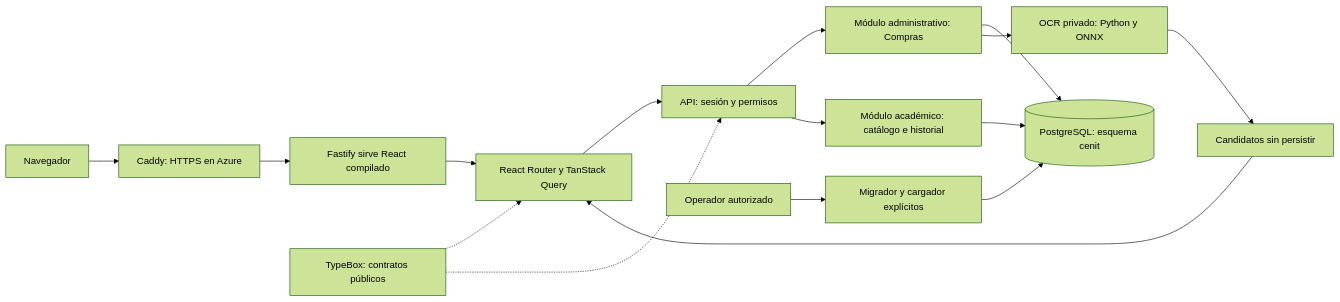
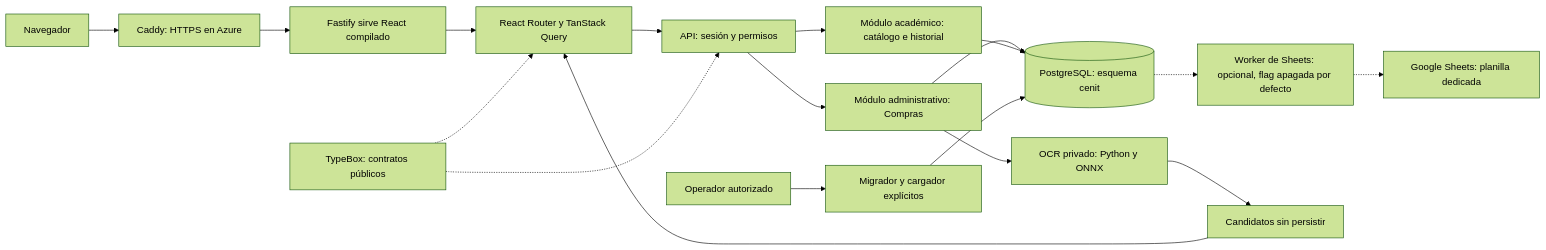
Before and after one commit to Menderin/Cenit: the first of 2 diagrams in Docs/ARQUITECTURA.md, drawn with Mermaid (forest theme). The commit also changed other lines of this file and 4 other files, not shown here.

````diff
--- a/Docs/ARQUITECTURA.md
+++ b/Docs/ARQUITECTURA.md
@@ -57,18 +58,20 @@
 ```mermaid
 flowchart LR
     Usuario["Navegador"] --> HTTPS["Caddy: HTTPS en Azure"]
     HTTPS --> Web["Fastify sirve React compilado"]
     Web --> Router["React Router y TanStack Query"]
     Router --> Auth["API: sesión y permisos"]
     Auth --> Compras["Módulo administrativo: Compras"]
     Auth --> Academico["Módulo académico: catálogo e historial"]
     Compras --> PG[("PostgreSQL: esquema cenit")]
     Academico --> PG
+    PG -.-> Worker["Worker de Sheets: opcional, flag apagada por defecto"]
+    Worker -.-> Sheets["Google Sheets: planilla dedicada"]
     Compras --> OCR["OCR privado: Python y ONNX"]
     OCR --> Candidatos["Candidatos sin persistir"]
     Candidatos --> Router
     Contratos["TypeBox: contratos públicos"] -.-> Router
     Contratos -.-> Auth
     Operador["Operador autorizado"] --> Herramientas["Migrador y cargador explícitos"]
     Herramientas --> PG
 ```
````
